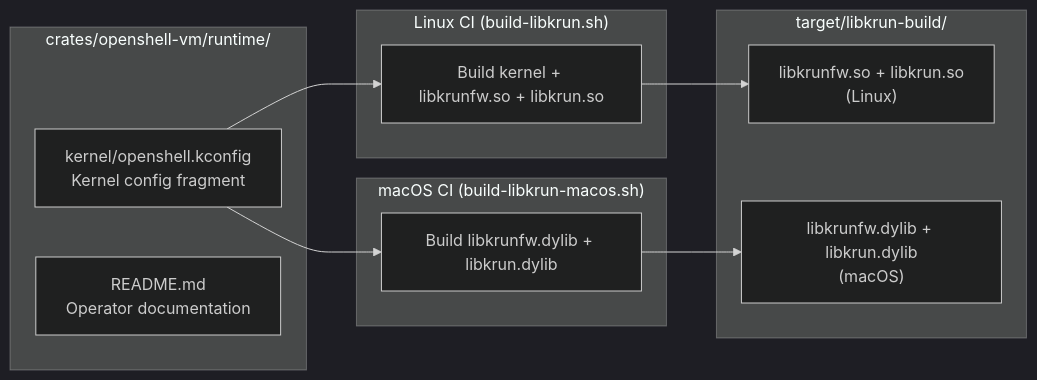
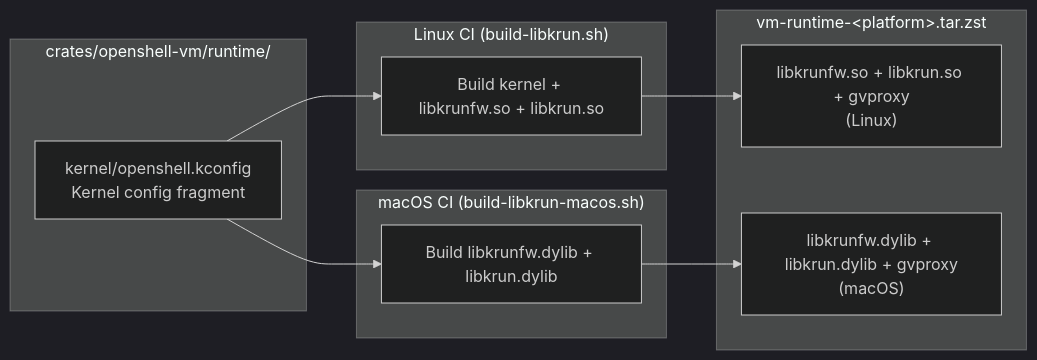
Before and after one commit to st-gr/OpenShell: the second of 2 diagrams in architecture/custom-vm-runtime.md, drawn with Mermaid (dark theme). The commit also changed other lines of this file and 22 other files, not shown here.

````diff
--- a/architecture/custom-vm-runtime.md
+++ b/architecture/custom-vm-runtime.md
@@ -133,25 +155,22 @@
 ```mermaid
 graph LR
     subgraph Source["crates/openshell-vm/runtime/"]
-        KCONF["kernel/openshell.kconfig\nKernel config fragment"]
-        README["README.md\nOperator documentation"]
+        KCONF["kernel/openshell.kconfig<br/>Kernel config fragment"]
     end
 
     subgraph Linux["Linux CI (build-libkrun.sh)"]
         BUILD_L["Build kernel + libkrunfw.so + libkrun.so"]
     end
 
     subgraph macOS["macOS CI (build-libkrun-macos.sh)"]
         BUILD_M["Build libkrunfw.dylib + libkrun.dylib"]
     end
 
-    subgraph Output["target/libkrun-build/"]
-        LIB_SO["libkrunfw.so + libkrun.so\n(Linux)"]
-        LIB_DY["libkrunfw.dylib + libkrun.dylib\n(macOS)"]
+    subgraph Output["vm-runtime-&lt;platform&gt;.tar.zst"]
+        LIB_SO["libkrunfw.so + libkrun.so + gvproxy<br/>(Linux)"]
+        LIB_DY["libkrunfw.dylib + libkrun.dylib + gvproxy<br/>(macOS)"]
     end
 
-    KCONF --> BUILD_L
-    BUILD_L --> LIB_SO
-    KCONF --> BUILD_M
-    BUILD_M --> LIB_DY
+    KCONF --> BUILD_L --> LIB_SO
+    KCONF --> BUILD_M --> LIB_DY
 ```
````
